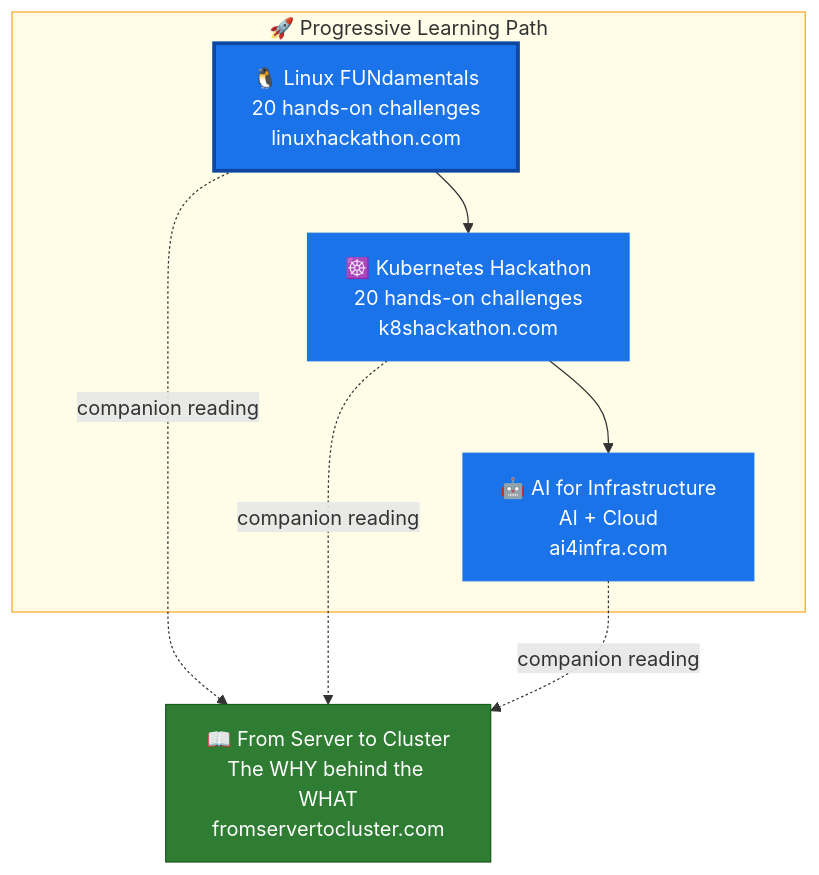
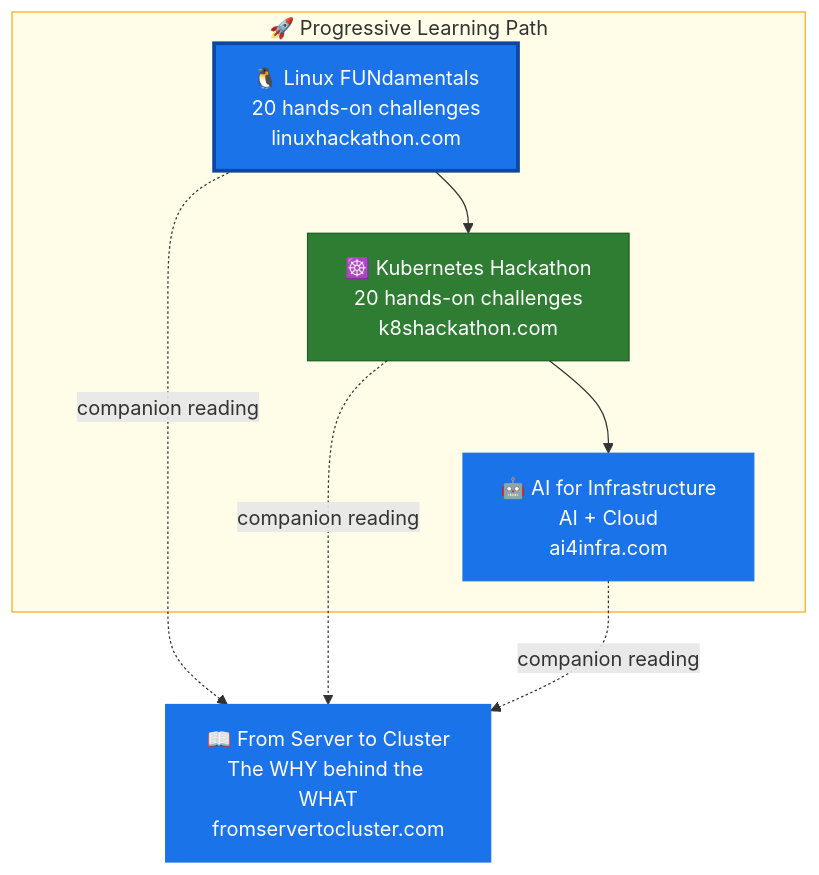
One commit to ricmmartins/fasthack-linux changed the diagram in README.md. Above: the diagram before and after it, drawn with Mermaid.

Commit message:
corrige diagrama para seguir padrão do k8shackathon

````diff
--- a/README.md
+++ b/README.md
@@ -137,17 +137,17 @@
 ```mermaid
 flowchart TD
     subgraph path["🚀 Progressive Learning Path"]
-        A["🐧 Linux FUNdamentals\n20 hands-on challenges\nlinuxhackathon.com"]:::highlight --> B["☸️ Kubernetes Hackathon\n20 hands-on challenges\nk8shackathon.com"]:::blue
+        A["🐧 Linux FUNdamentals\n20 hands-on challenges\nlinuxhackathon.com"]:::highlight --> B["☸️ Kubernetes Hackathon\n20 hands-on challenges\nk8shackathon.com"]:::green
         B --> C["🤖 AI for Infrastructure\nAI + Cloud\nai4infra.com"]:::blue
     end
-    D["📖 From Server to Cluster\nThe WHY behind the WHAT\nfromservertocluster.com"]:::green
+    D["📖 From Server to Cluster\nThe WHY behind the WHAT\nfromservertocluster.com"]:::blue
     A -. "companion reading" .-> D
     B -. "companion reading" .-> D
     C -. "companion reading" .-> D
 
     classDef highlight fill:#1a73e8,stroke:#0d47a1,color:#fff,stroke-width:3px
+    classDef green fill:#2e7d32,stroke:#1b5e20,color:#fff
     classDef blue fill:#1a73e8,stroke:#1a73e8,color:#fff
-    classDef green fill:#2e7d32,stroke:#1b5e20,color:#fff
 
     style path fill:#fffde7,stroke:#f9a825,color:#333
 ```
````
